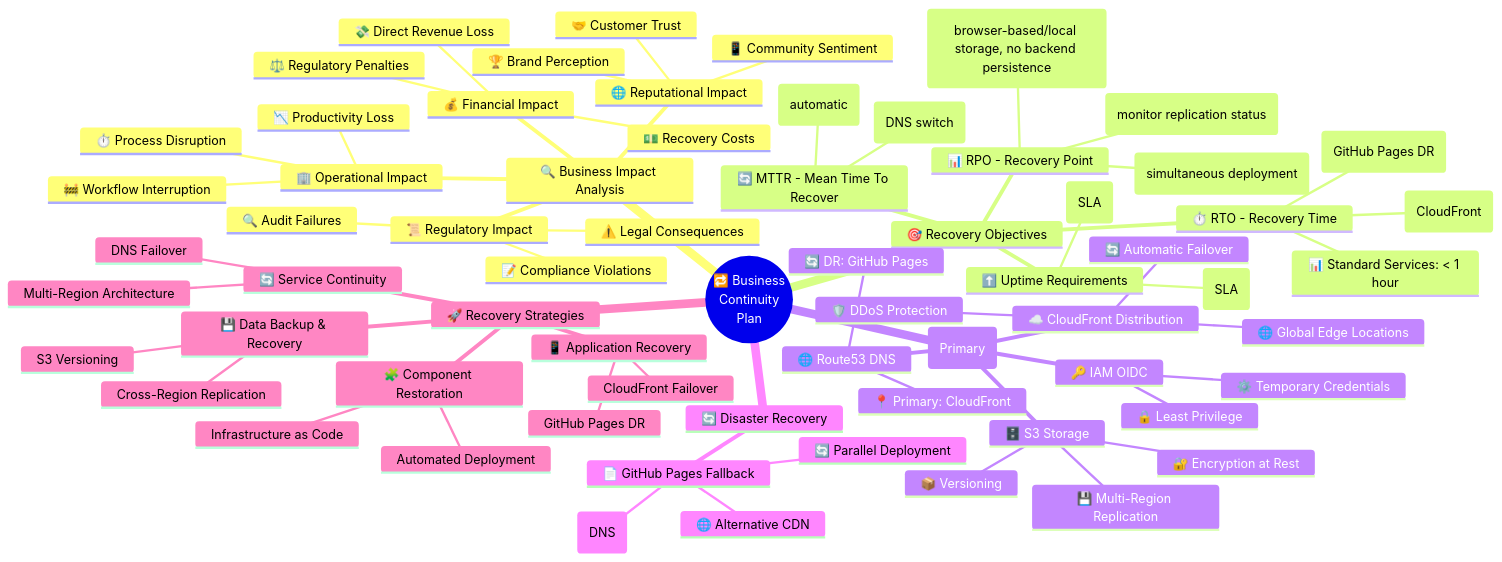
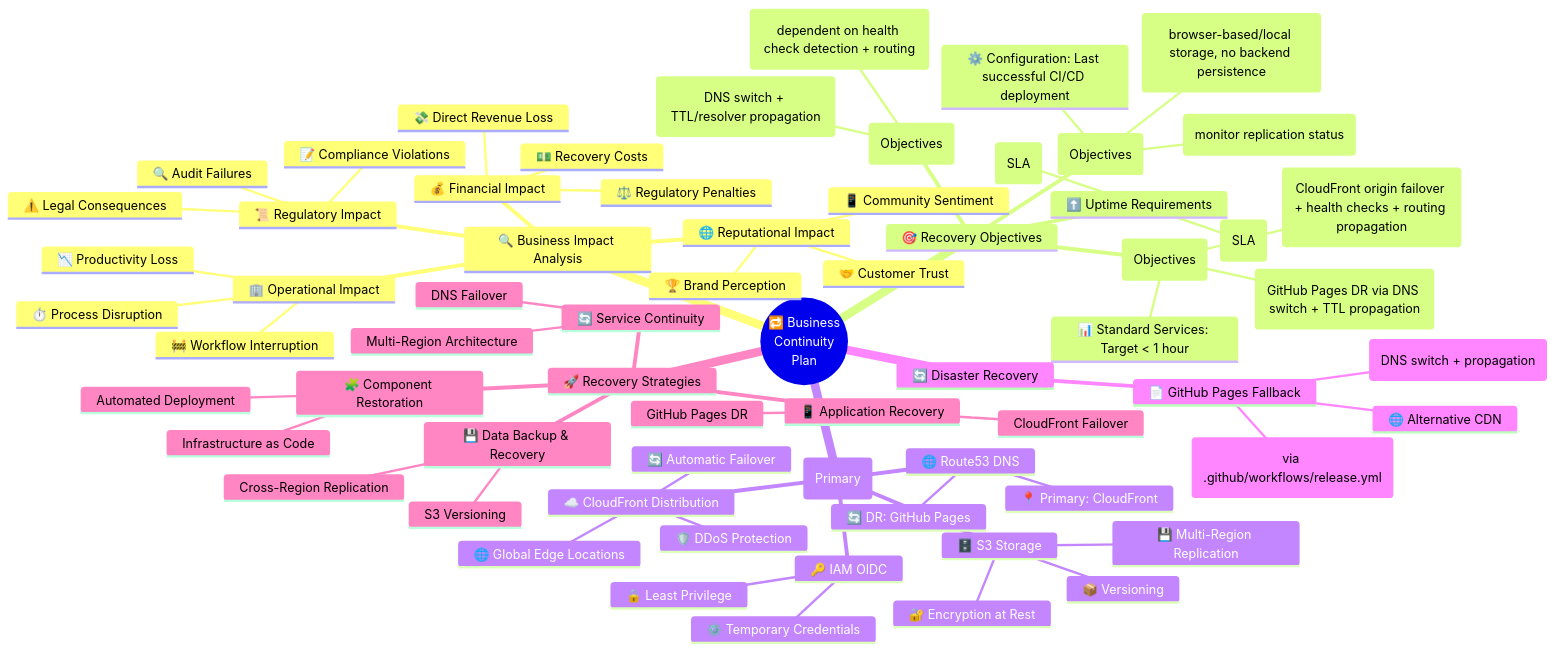
Before and after one commit to Hack23/cia-compliance-manager: the first of 33 diagrams in docs/architecture/BCPPlan.md, drawn with Mermaid. The commit also changed 3 other files, not shown here.

Commit message:
docs: align CloudFront discovery with workflow, fix headers list, convert RTO/RPO to objectives, clarify GitHub Pages DR timing

````diff
--- a/docs/architecture/BCPPlan.md
+++ b/docs/architecture/BCPPlan.md
@@ -34,69 +34,69 @@
 ```mermaid
 mindmap
   root((🔁 Business<br>Continuity<br>Plan))
     🔍 Business Impact Analysis
       💰 Financial Impact
         💸 Direct Revenue Loss
         💵 Recovery Costs
         ⚖️ Regulatory Penalties
       🏢 Operational Impact
         ⏱️ Process Disruption
         📉 Productivity Loss
         🚧 Workflow Interruption
       🌐 Reputational Impact
         🤝 Customer Trust
         🏆 Brand Perception
         📱 Community Sentiment
       📜 Regulatory Impact
         📝 Compliance Violations
         🔍 Audit Failures
         ⚠️ Legal Consequences
     🎯 Recovery Objectives
-      ⏱️ RTO - Recovery Time
-        🚨 Critical Services: < 5 min (CloudFront)
-        🔔 Important Services: < 15 min (GitHub Pages DR)
-        📊 Standard Services: < 1 hour
-      📊 RPO - Recovery Point
+      ⏱️ RTO - Recovery Time (Objectives)
+        🚨 Critical Services: Target ~5 min (CloudFront origin failover + health checks + routing propagation)
+        🔔 Important Services: Target ~15 min (GitHub Pages DR via DNS switch + TTL propagation)
+        📊 Standard Services: Target < 1 hour
+      📊 RPO - Recovery Point (Objectives)
         💾 User Data: 0 (browser-based/local storage, no backend persistence)
-        ⚙️ Configuration: 0 (simultaneous deployment)
+        ⚙️ Configuration: Last successful CI/CD deployment
         🗄️ Historical Records: Asynchronous S3 CRR (monitor replication status)
-      🔄 MTTR - Mean Time To Recover
-        ☁️ CloudFront: < 5 min (automatic)
-        📄 GitHub Pages DR: < 15 min (DNS switch)
+      🔄 MTTR - Mean Time To Recover (Objectives)
+        ☁️ CloudFront: Target ~5 min (dependent on health check detection + routing)
+        📄 GitHub Pages DR: Target ~15 min (DNS switch + TTL/resolver propagation)
       ⬆️ Uptime Requirements
         ☁️ CloudFront: 99.9% (SLA)
         💾 S3 Multi-Region: 99.99% (SLA)
     🛡️ AWS Infrastructure (Primary)
       ☁️ CloudFront Distribution
         🌐 Global Edge Locations
         🔄 Automatic Failover
         🛡️ DDoS Protection
       🗄️ S3 Storage
         💾 Multi-Region Replication
         🔐 Encryption at Rest
         📦 Versioning
       🌐 Route53 DNS
         📍 Primary: CloudFront
         🔄 DR: GitHub Pages
       🔑 IAM OIDC
         ⚙️ Temporary Credentials
         🔒 Least Privilege
     🔄 Disaster Recovery
       📄 GitHub Pages Fallback
-        🔄 Parallel Deployment
-        📊 < 15 min RTO (DNS)
+        🔄 Release-based Deployment (via .github/workflows/release.yml)
+        📊 Target ~15 min RTO (DNS switch + propagation)
         🌐 Alternative CDN
     🚀 Recovery Strategies
       💾 Data Backup & Recovery
         S3 Versioning
         Cross-Region Replication
       📱 Application Recovery
         CloudFront Failover
         GitHub Pages DR
       🧩 Component Restoration
         Automated Deployment
         Infrastructure as Code
       🔄 Service Continuity
         Multi-Region Architecture
         DNS Failover
 ```
````
